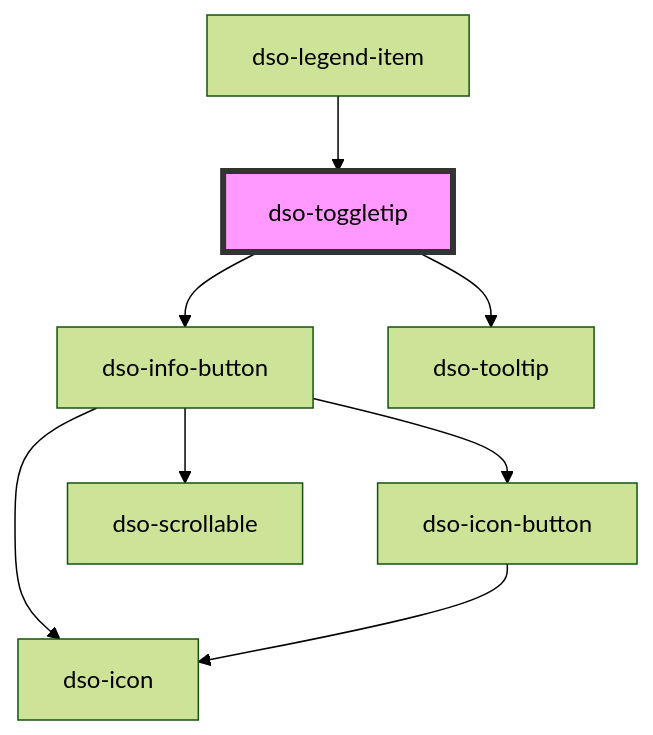
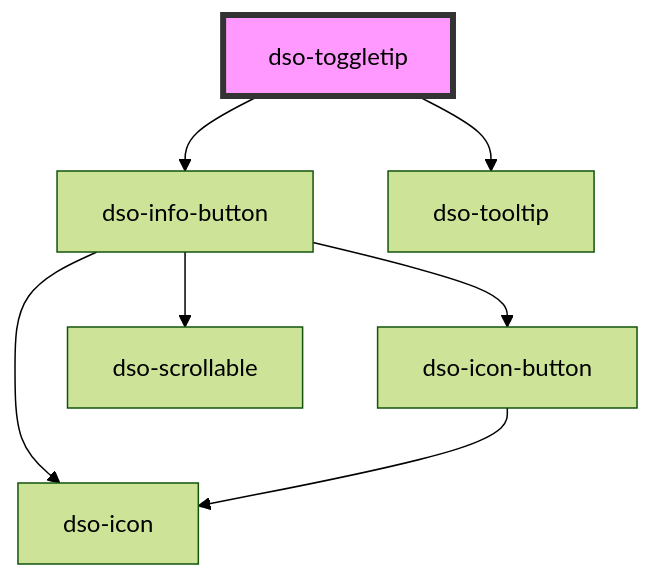
One commit to dso-toolkit/dso-toolkit changed the diagram in packages/core/src/components/toggletip/readme.md. Above: the diagram before and after it, drawn with Mermaid (forest theme). The commit also changed other lines of this file and 42 other files, not shown here.

Commit message:
#3490 [Changed] Legend: Legend en Legend Item fuseren tot één component Legend

````diff
--- a/packages/core/src/components/toggletip/readme.md
+++ b/packages/core/src/components/toggletip/readme.md
@@ -28,11 +24,10 @@
 ```mermaid
 graph TD;
   dso-toggletip --> dso-info-button
   dso-toggletip --> dso-tooltip
   dso-info-button --> dso-icon-button
   dso-info-button --> dso-icon
   dso-info-button --> dso-scrollable
   dso-icon-button --> dso-icon
-  dso-legend-item --> dso-toggletip
   style dso-toggletip fill:#f9f,stroke:#333,stroke-width:4px
 ```
````
